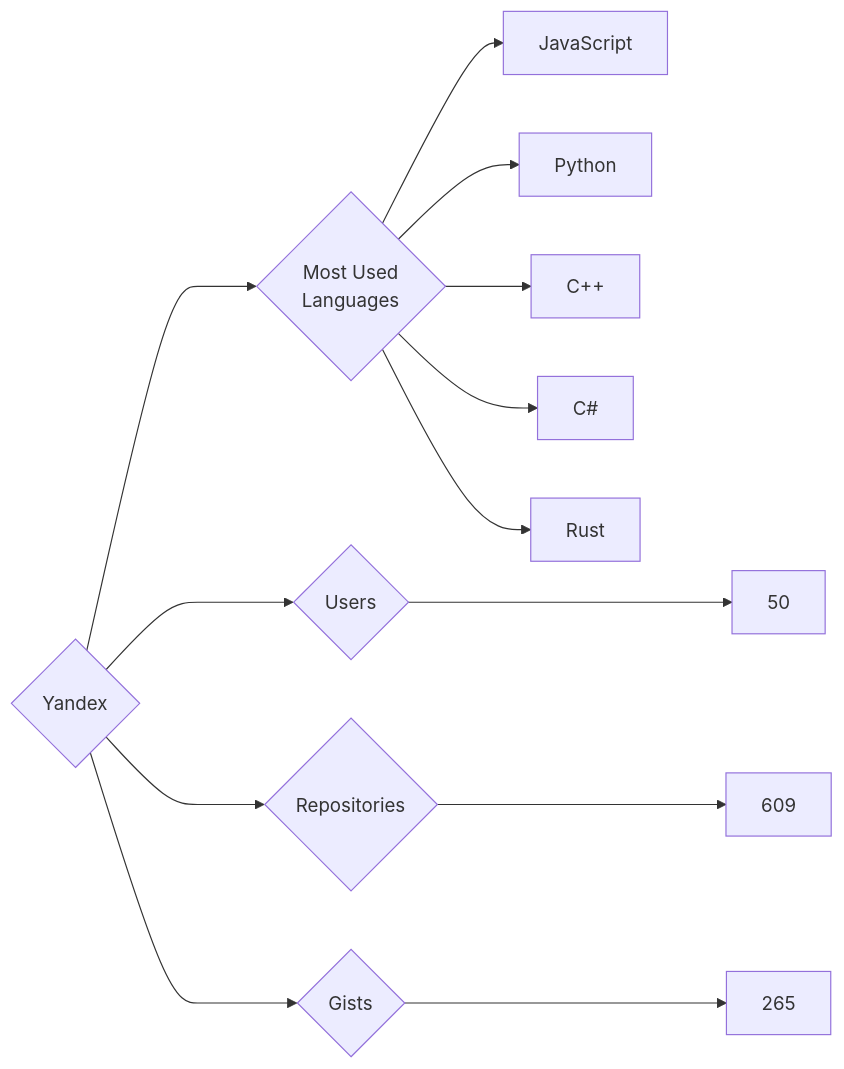
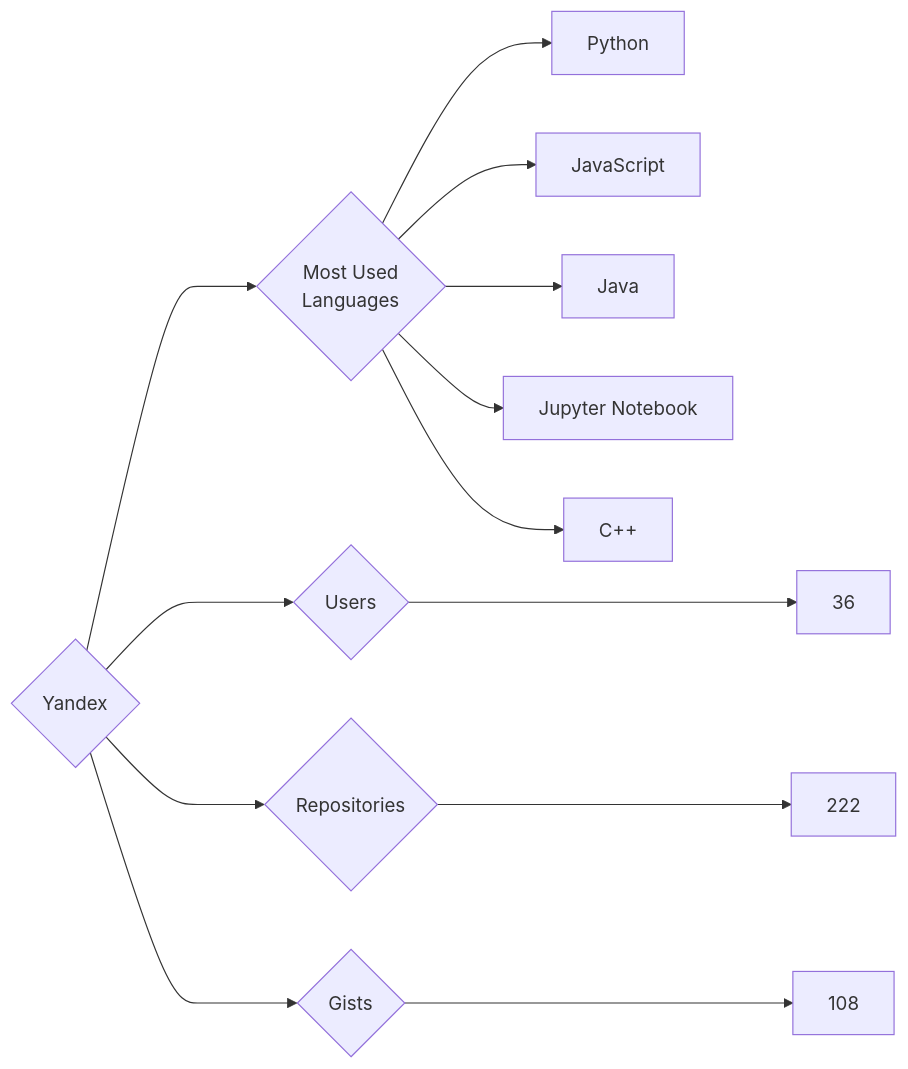
One commit to trickest/insiders changed the diagram in targets/Yandex/README.md. Above: the diagram before and after it, drawn with Mermaid. The commit also changed 695 other files, not shown here.

````diff
--- a/targets/Yandex/README.md
+++ b/targets/Yandex/README.md
@@ -3,13 +3,13 @@
 ```mermaid
 graph LR
 COMPANY_NAME{Yandex}
-COMPANY_NAME ---> U{Users} ---> UN[50]
-COMPANY_NAME ---> R{Repositories} ---> RN[609]
-COMPANY_NAME ---> G{Gists} ---> GN[265]
+COMPANY_NAME ---> U{Users} ---> UN[36]
+COMPANY_NAME ---> R{Repositories} ---> RN[222]
+COMPANY_NAME ---> G{Gists} ---> GN[108]
 COMPANY_NAME ---> ML{Most Used<br>Languages}
+ML --> Python[Python]
 ML --> JavaScript[JavaScript]
-ML --> Python[Python]
+ML --> Java[Java]
+ML --> Jupyter_Notebook[Jupyter Notebook]
 ML --> C++[C++]
-ML --> C#[C#]
-ML --> Rust[Rust]
 ```
````
